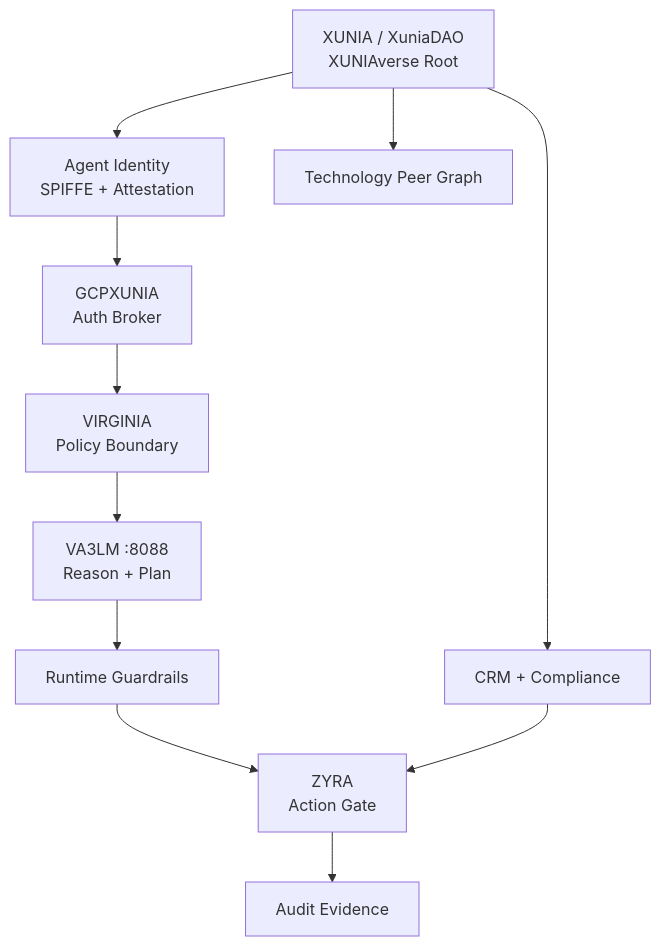
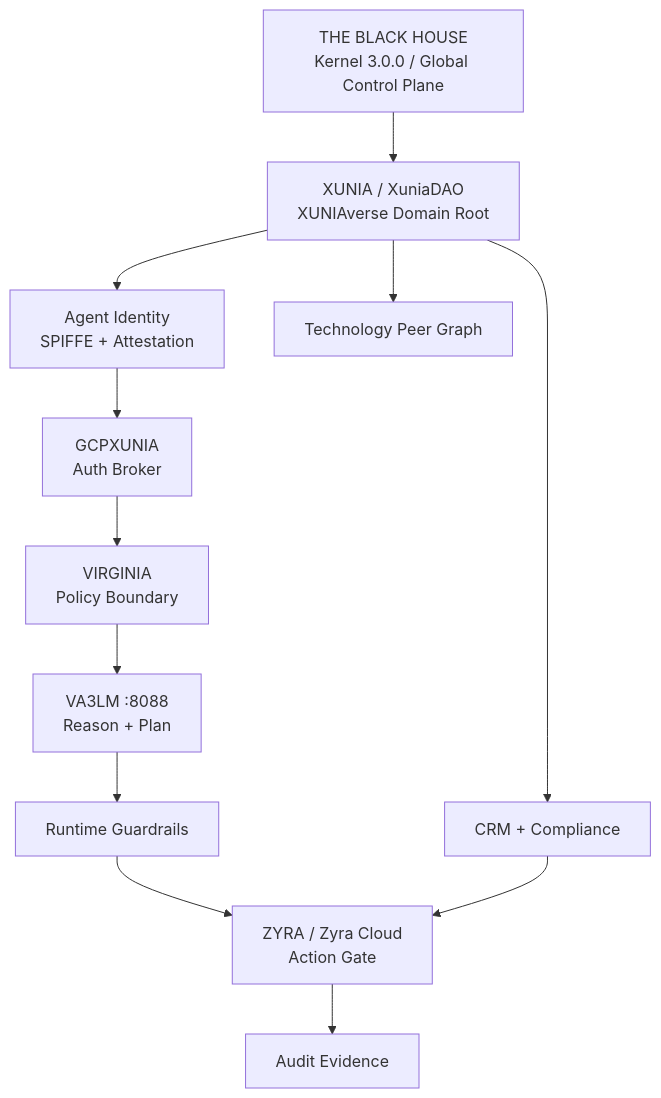
Before and after one commit to sonoxo/xuniadao: the diagram in README.md, drawn with Mermaid. The commit also changed other lines of this file, not shown here.

Commit message:
docs(xunia): align README with Black House kernel v3 hierarchy

````diff
--- a/README.md
+++ b/README.md
@@ -47,18 +66,20 @@
 ```mermaid
 flowchart TD
-    X[XUNIA / XuniaDAO\nXUNIAverse Root]
+    B[THE BLACK HOUSE\nKernel 3.0.0 / Global Control Plane]
+    X[XUNIA / XuniaDAO\nXUNIAverse Domain Root]
     I[Agent Identity\nSPIFFE + Attestation]
     G[GCPXUNIA\nAuth Broker]
     V[VIRGINIA\nPolicy Boundary]
     A[VA3LM :8088\nReason + Plan]
     R[Runtime Guardrails]
-    Z[ZYRA\nAction Gate]
+    Z[ZYRA / Zyra Cloud\nAction Gate]
     E[Audit Evidence]
     P[Technology Peer Graph]
     C[CRM + Compliance]
 
+    B --> X
     X --> I --> G --> V --> A --> R --> Z --> E
     X --> P
     X --> C
     C --> Z
 ```
````
